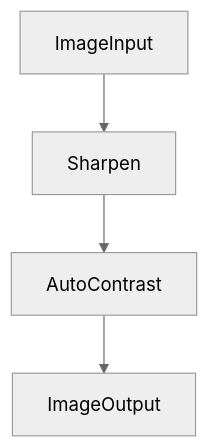
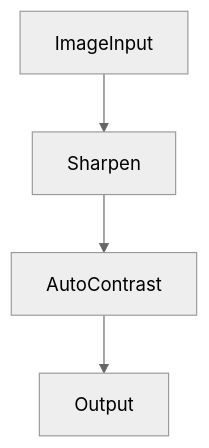
The first of 11 diagrams in docs/cookbook.md (nodetool-ai/nodetool), drawn with Mermaid (neutral theme) before and after one commit. The commit also changed other lines of this file and 24 other files, not shown here.

```diff
--- a/docs/cookbook.md
+++ b/docs/cookbook.md
@@ -149,10 +149,10 @@
 {% mermaid %}
 graph TD
-  image_output["ImageOutput"]
+  output["Output"]
   image_input["ImageInput"]
   sharpen["Sharpen"]
   auto_contrast["AutoContrast"]
   image_input --> sharpen
   sharpen --> auto_contrast
-  auto_contrast --> image_output
+  auto_contrast --> output
 {% endmermaid %}
```
